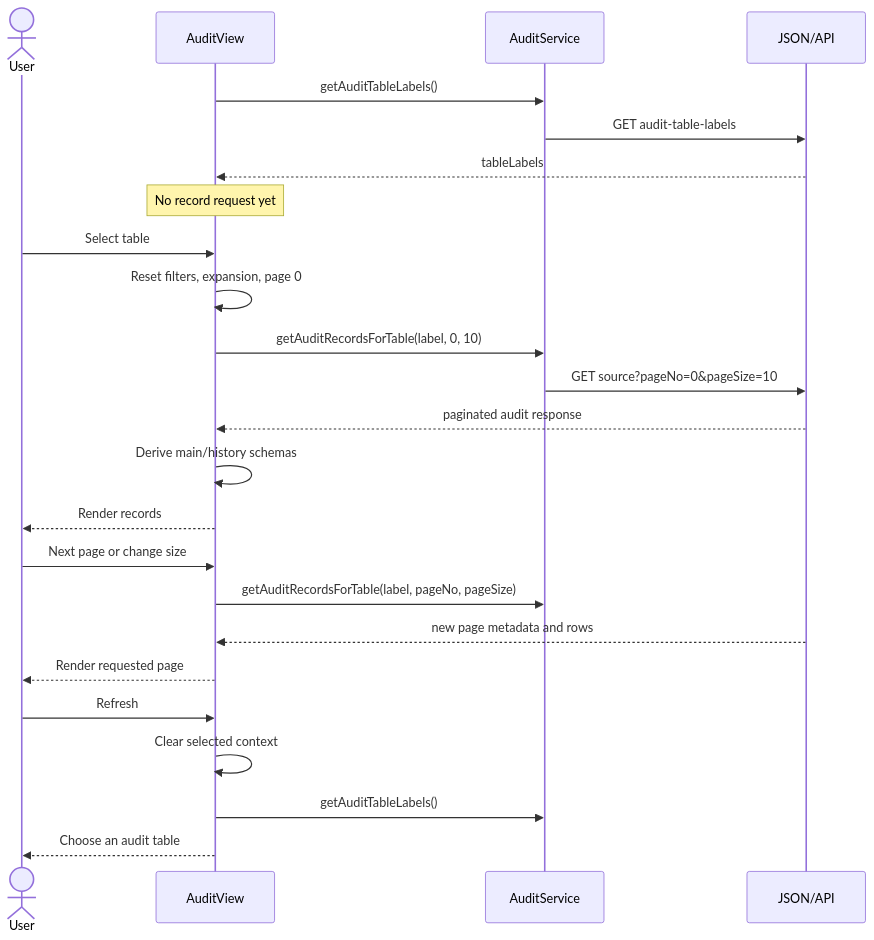
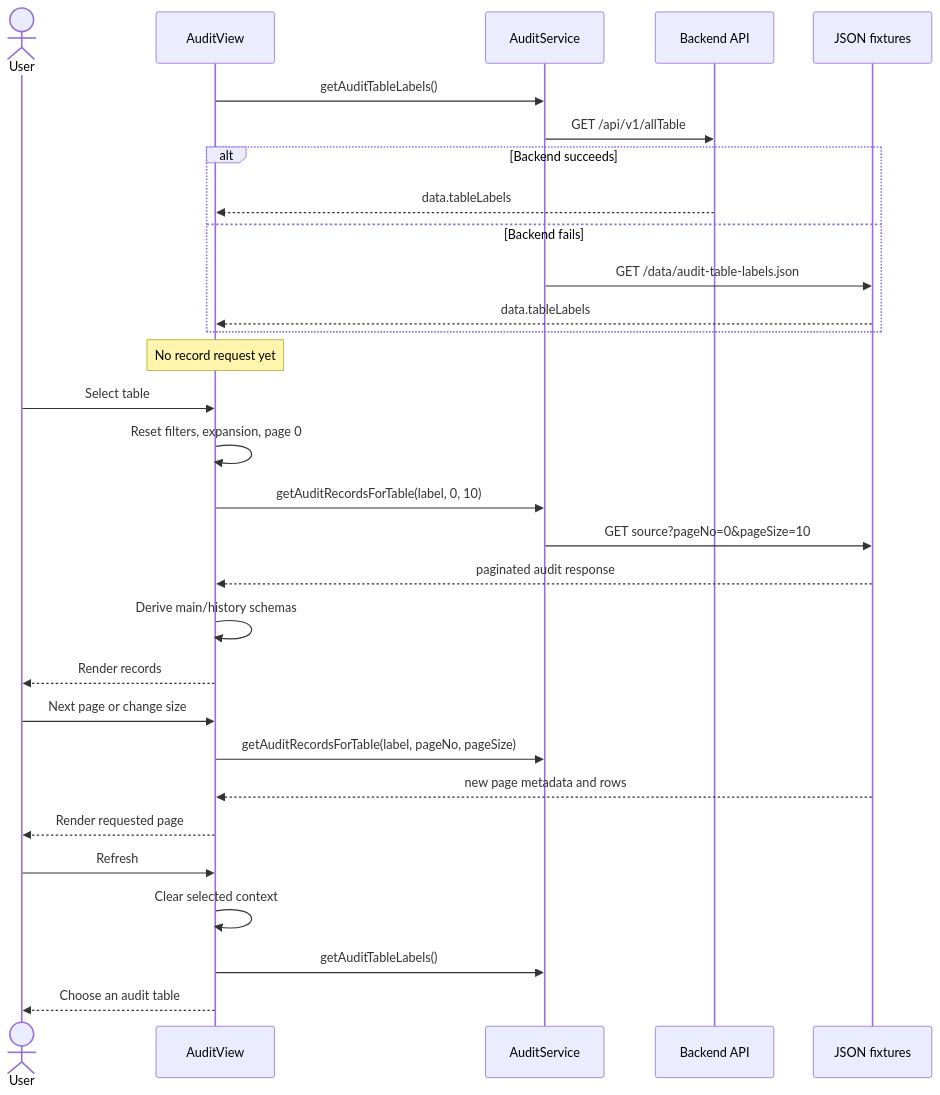
The second of 4 diagrams in docs/ARCHITECTURE.md (MrAkashKum/audit-fronted), drawn with Mermaid before and after one commit. The commit also changed 11 other files, not shown here.

````diff
--- a/docs/ARCHITECTURE.md
+++ b/docs/ARCHITECTURE.md
@@ -89,30 +89,36 @@
 ```mermaid
 sequenceDiagram
     actor User
     participant View as AuditView
     participant Service as AuditService
-    participant API as JSON/API
+    participant Backend as Backend API
+    participant Fixtures as JSON fixtures
 
     View->>Service: getAuditTableLabels()
-    Service->>API: GET audit-table-labels
-    API-->>View: tableLabels
+    Service->>Backend: GET /api/v1/allTable
+    alt Backend succeeds
+        Backend-->>View: data.tableLabels
+    else Backend fails
+        Service->>Fixtures: GET /data/audit-table-labels.json
+        Fixtures-->>View: data.tableLabels
+    end
     Note over View: No record request yet
 
     User->>View: Select table
     View->>View: Reset filters, expansion, page 0
     View->>Service: getAuditRecordsForTable(label, 0, 10)
-    Service->>API: GET source?pageNo=0&pageSize=10
-    API-->>View: paginated audit response
+    Service->>Fixtures: GET source?pageNo=0&pageSize=10
+    Fixtures-->>View: paginated audit response
     View->>View: Derive main/history schemas
     View-->>User: Render records
 
     User->>View: Next page or change size
     View->>Service: getAuditRecordsForTable(label, pageNo, pageSize)
-    API-->>View: new page metadata and rows
+    Fixtures-->>View: new page metadata and rows
     View-->>User: Render requested page
 
     User->>View: Refresh
     View->>View: Clear selected context
     View->>Service: getAuditTableLabels()
     View-->>User: Choose an audit table
 ```
````
